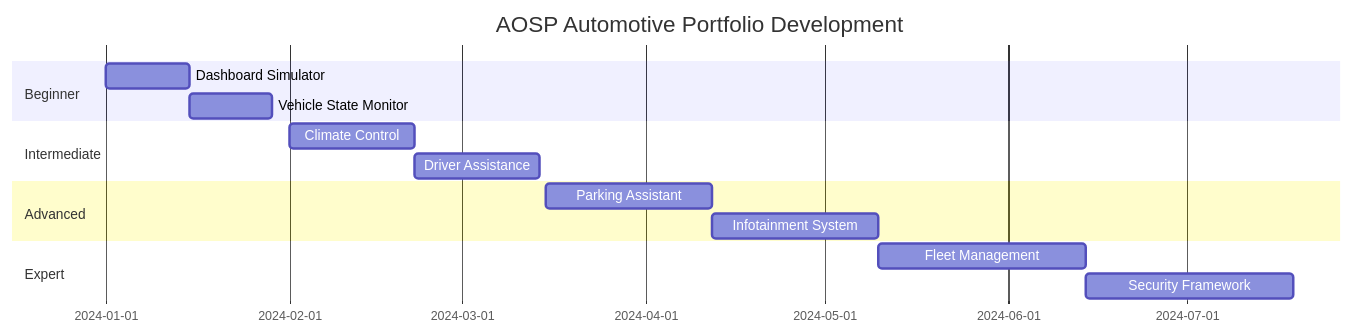
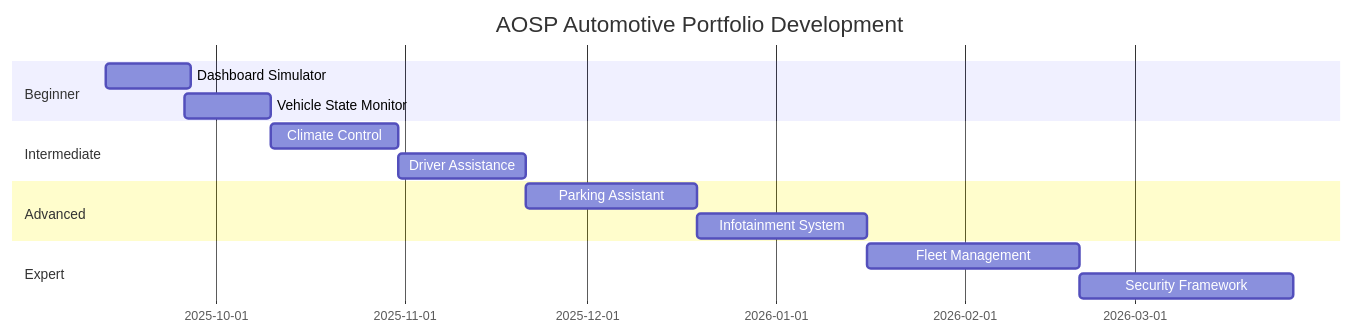
One commit to AbdullahAbdelhakeem6484/AOSP_Automotive_Portfolio changed the diagram in README.md. Above: the diagram before and after it, drawn with Mermaid.

Commit message:
Update the Gantt Chart

````diff
--- a/README.md
+++ b/README.md
@@ -108,17 +108,21 @@
 ```mermaid
 gantt
     title AOSP Automotive Portfolio Development
     dateFormat  YYYY-MM-DD
+    
     section Beginner
-    Dashboard Simulator    :2024-01-01, 14d
-    Vehicle State Monitor  :2024-01-15, 14d
+    Dashboard Simulator    :2025-09-13, 14d
+    Vehicle State Monitor  :2025-09-26, 14d
+    
     section Intermediate
-    Climate Control        :2024-02-01, 21d
-    Driver Assistance      :2024-02-22, 21d
+    Climate Control        :2025-10-10, 21d
+    Driver Assistance      :2025-10-31, 21d
+    
     section Advanced
-    Parking Assistant      :2024-03-15, 28d
-    Infotainment System    :2024-04-12, 28d
+    Parking Assistant      :2025-11-21, 28d
+    Infotainment System    :2025-12-19, 28d
+    
     section Expert
-    Fleet Management       :2024-05-10, 35d
-    Security Framework     :2024-06-14, 35d
+    Fleet Management       :2026-01-16, 35d
+    Security Framework     :2026-02-20, 35d
 ```
````
